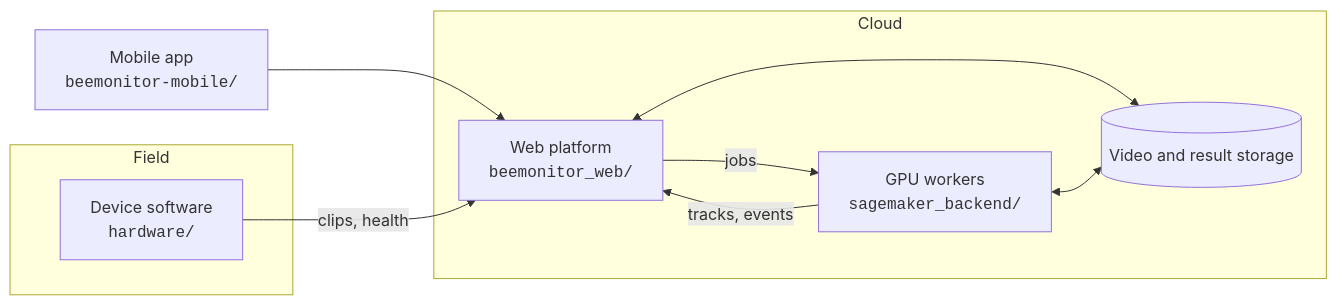
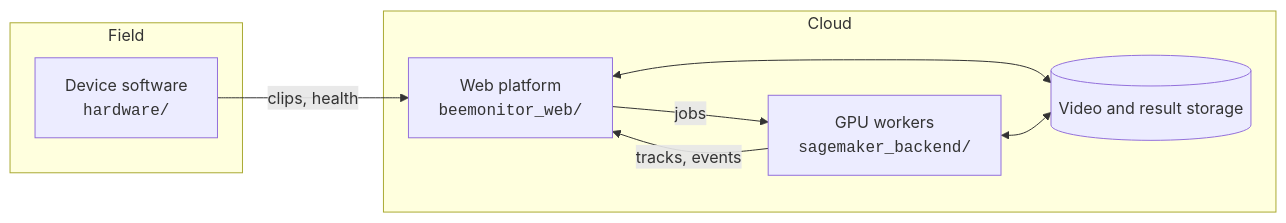
One commit to eai6/BeeMonitor changed the diagram in docs/about.md. Above: the diagram before and after it, drawn with Mermaid. The commit also changed other lines of this file, not shown here.

Commit message:
Docs: drop the mobile app from About
It stays in the repo; it just isn't documented.

````diff
--- a/docs/about.md
+++ b/docs/about.md
@@ -9,17 +9,16 @@
 ```mermaid
 flowchart LR
   subgraph Field
     U["Device software<br/><code>hardware/</code>"]
   end
   subgraph Cloud
     W["Web platform<br/><code>beemonitor_web/</code>"]
     G["GPU workers<br/><code>sagemaker_backend/</code>"]
     S[(Video and result storage)]
   end
-  M["Mobile app<br/><code>beemonitor-mobile/</code>"] --> W
   U -- clips, health --> W
   W -- jobs --> G
   G -- tracks, events --> W
   W <--> S
   G <--> S
 ```
````
